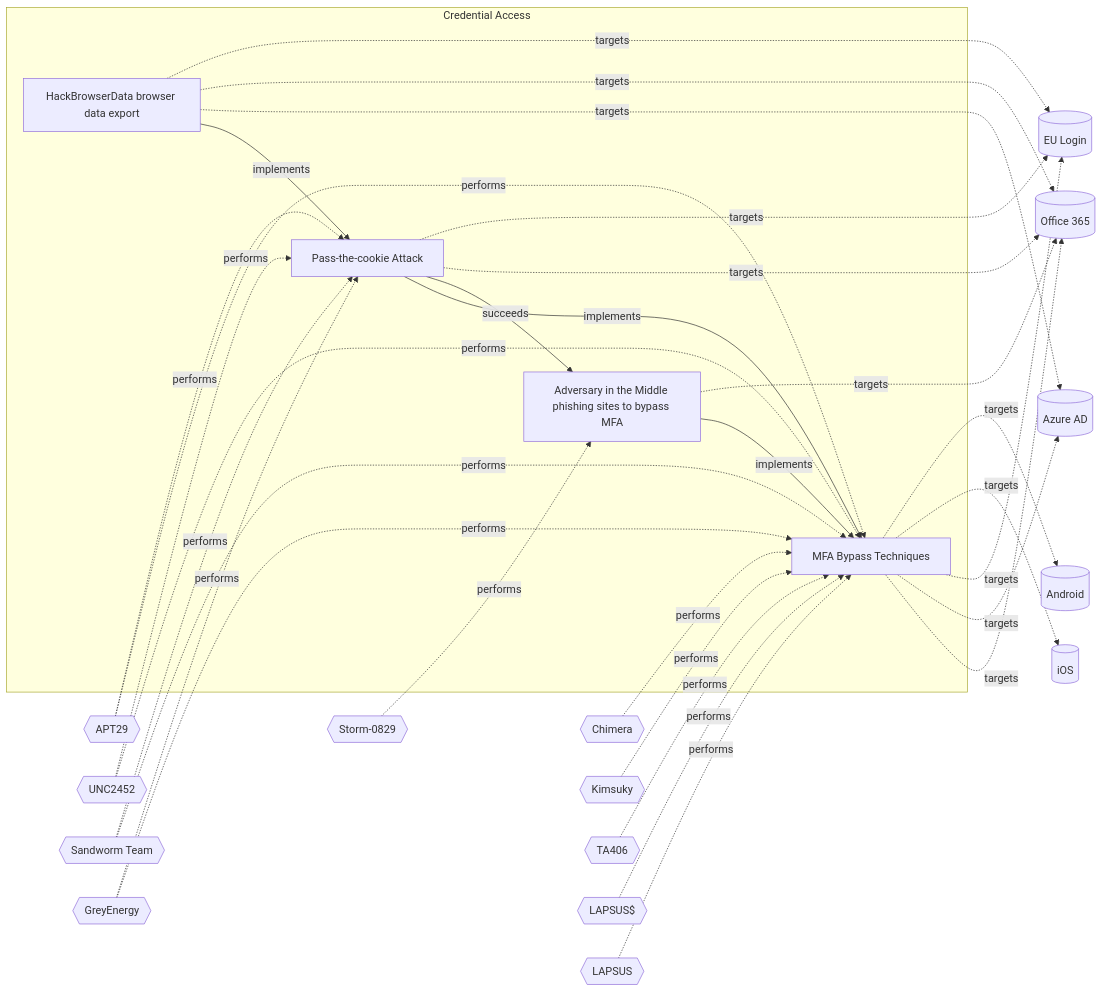
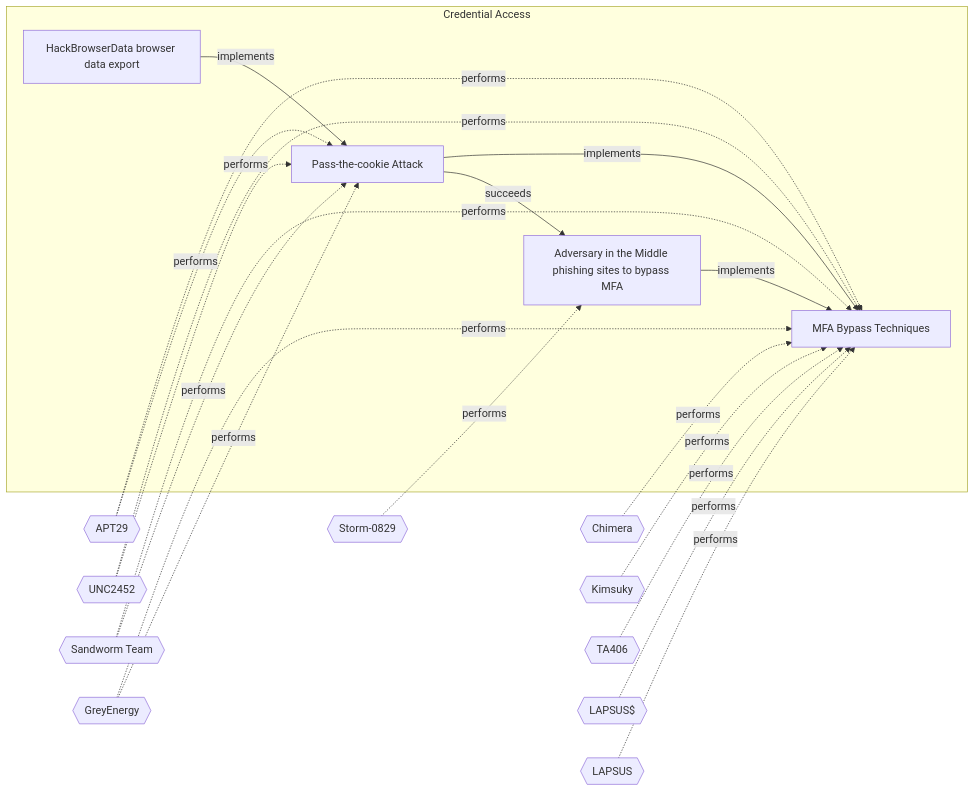
The diagram in Models/Threat Vectors/☣️ HackBrowserData browser data export.md (OpenTideHQ/WikiTide), drawn with Mermaid before and after one commit. The commit also changed other lines of this file and 232 other files, not shown here.

````diff
--- a/Models/Threat Vectors/☣️ HackBrowserData browser data export.md
+++ b/Models/Threat Vectors/☣️ HackBrowserData browser data export.md
@@ -76,64 +76,48 @@
 ```mermaid
 
 flowchart LR
 
 ba88c4a0-bf3b-46cb-b022-050ae22abce8[HackBrowserData browser data export]
 b0d6bf74-b204-4a48-9509-4499ed795771[Pass-the-cookie Attack]
 66aafb61-9a46-4287-8b40-4785b42b77a3[Adversary in the Middle phishing sites to bypass MFA]
 4a807ac4-f764-41b1-ae6f-94239041d349[MFA Bypass Techniques]
 
 subgraph Credential Access
 ba88c4a0-bf3b-46cb-b022-050ae22abce8
 b0d6bf74-b204-4a48-9509-4499ed795771
 66aafb61-9a46-4287-8b40-4785b42b77a3
 4a807ac4-f764-41b1-ae6f-94239041d349
 end
 
-EULogin[(EU Login)]
-Office365[(Office 365)]
-AzureAD[(Azure AD)]
-Android[(Android)]
-iOS[(iOS)]
 APT29{{APT29}}
 UNC2452{{UNC2452}}
 SandwormTeam{{Sandworm Team}}
 GreyEnergy{{GreyEnergy}}
 Storm-0829{{Storm-0829}}
 Chimera{{Chimera}}
 Kimsuky{{Kimsuky}}
 TA406{{TA406}}
 LAPSUS${{LAPSUS$}}
 LAPSUS{{LAPSUS}}
 
-ba88c4a0-bf3b-46cb-b022-050ae22abce8 -.->|targets| EULogin
-ba88c4a0-bf3b-46cb-b022-050ae22abce8 -.->|targets| Office365
-ba88c4a0-bf3b-46cb-b022-050ae22abce8 -.->|targets| AzureAD
-b0d6bf74-b204-4a48-9509-4499ed795771 -.->|targets| EULogin
-b0d6bf74-b204-4a48-9509-4499ed795771 -.->|targets| Office365
-66aafb61-9a46-4287-8b40-4785b42b77a3 -.->|targets| Office365
-4a807ac4-f764-41b1-ae6f-94239041d349 -.->|targets| Android
-4a807ac4-f764-41b1-ae6f-94239041d349 -.->|targets| iOS
-4a807ac4-f764-41b1-ae6f-94239041d349 -.->|targets| EULogin
-4a807ac4-f764-41b1-ae6f-94239041d349 -.->|targets| AzureAD
-4a807ac4-f764-41b1-ae6f-94239041d349 -.->|targets| Office365
 APT29 -.-> |performs| b0d6bf74-b204-4a48-9509-4499ed795771
 UNC2452 -.-> |performs| b0d6bf74-b204-4a48-9509-4499ed795771
 SandwormTeam -.-> |performs| b0d6bf74-b204-4a48-9509-4499ed795771
 GreyEnergy -.-> |performs| b0d6bf74-b204-4a48-9509-4499ed795771
 Storm-0829 -.-> |performs| 66aafb61-9a46-4287-8b40-4785b42b77a3
 APT29 -.-> |performs| 4a807ac4-f764-41b1-ae6f-94239041d349
 UNC2452 -.-> |performs| 4a807ac4-f764-41b1-ae6f-94239041d349
 SandwormTeam -.-> |performs| 4a807ac4-f764-41b1-ae6f-94239041d349
 GreyEnergy -.-> |performs| 4a807ac4-f764-41b1-ae6f-94239041d349
 Chimera -.-> |performs| 4a807ac4-f764-41b1-ae6f-94239041d349
 Kimsuky -.-> |performs| 4a807ac4-f764-41b1-ae6f-94239041d349
 TA406 -.-> |performs| 4a807ac4-f764-41b1-ae6f-94239041d349
 LAPSUS$ -.-> |performs| 4a807ac4-f764-41b1-ae6f-94239041d349
 LAPSUS -.-> |performs| 4a807ac4-f764-41b1-ae6f-94239041d349
 
 ba88c4a0-bf3b-46cb-b022-050ae22abce8 -->|implements| b0d6bf74-b204-4a48-9509-4499ed795771
 b0d6bf74-b204-4a48-9509-4499ed795771 -->|succeeds| 66aafb61-9a46-4287-8b40-4785b42b77a3
 b0d6bf74-b204-4a48-9509-4499ed795771 -->|implements| 4a807ac4-f764-41b1-ae6f-94239041d349
 66aafb61-9a46-4287-8b40-4785b42b77a3 -->|implements| 4a807ac4-f764-41b1-ae6f-94239041d349
 
 ```
````
